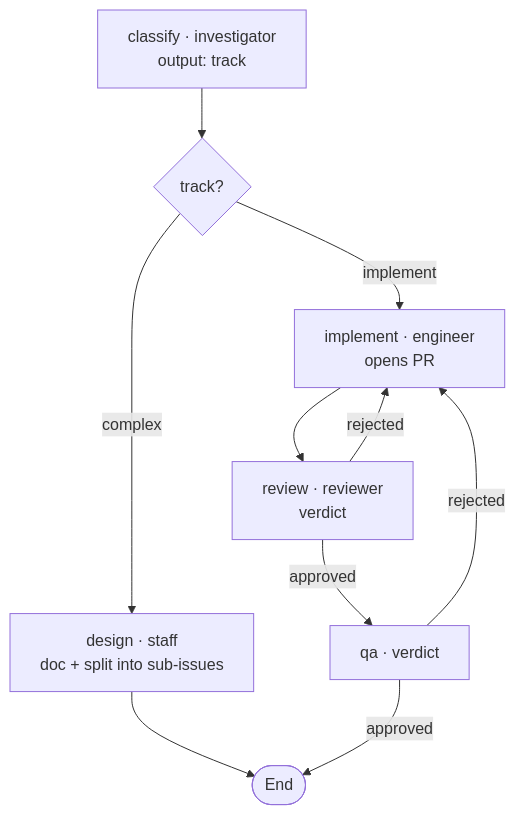
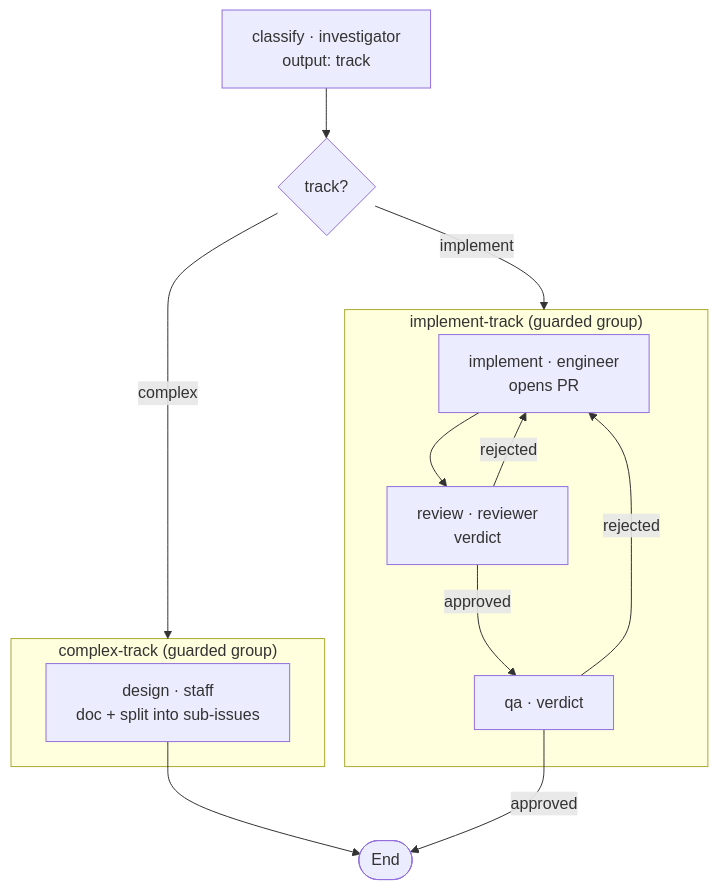
One commit to orlandoburli/apiary changed the fourth of 4 diagrams in openspec/changes/workflow-sequential-authoring/design.md. Above: the diagram before and after it, drawn with Mermaid. The commit also changed other lines of this file and 2 other files, not shown here.

````diff
--- a/openspec/changes/workflow-sequential-authoring/design.md
+++ b/openspec/changes/workflow-sequential-authoring/design.md
@@ -286,11 +361,20 @@
 ```mermaid
 flowchart TD
   classify["classify · investigator<br/>output: track"] --> dec{track?}
-  dec -->|complex| design["design · staff<br/>doc + split into sub-issues"] --> done([End])
-  dec -->|implement| implement["implement · engineer<br/>opens PR"]
-  implement --> review["review · reviewer<br/>verdict"]
-  review -->|approved| qa["qa · verdict"]
-  review -->|rejected| implement
+  dec -->|complex| complexg
+  dec -->|implement| implg
+  subgraph complexg["complex-track (guarded group)"]
+    design["design · staff<br/>doc + split into sub-issues"]
+  end
+  subgraph implg["implement-track (guarded group)"]
+    implement["implement · engineer<br/>opens PR"]
+    review["review · reviewer<br/>verdict"]
+    qa["qa · verdict"]
+    implement --> review
+    review -->|approved| qa
+    review -->|rejected| implement
+    qa -->|rejected| implement
+  end
+  design --> done([End])
   qa -->|approved| done
-  qa -->|rejected| implement
 ```
````
